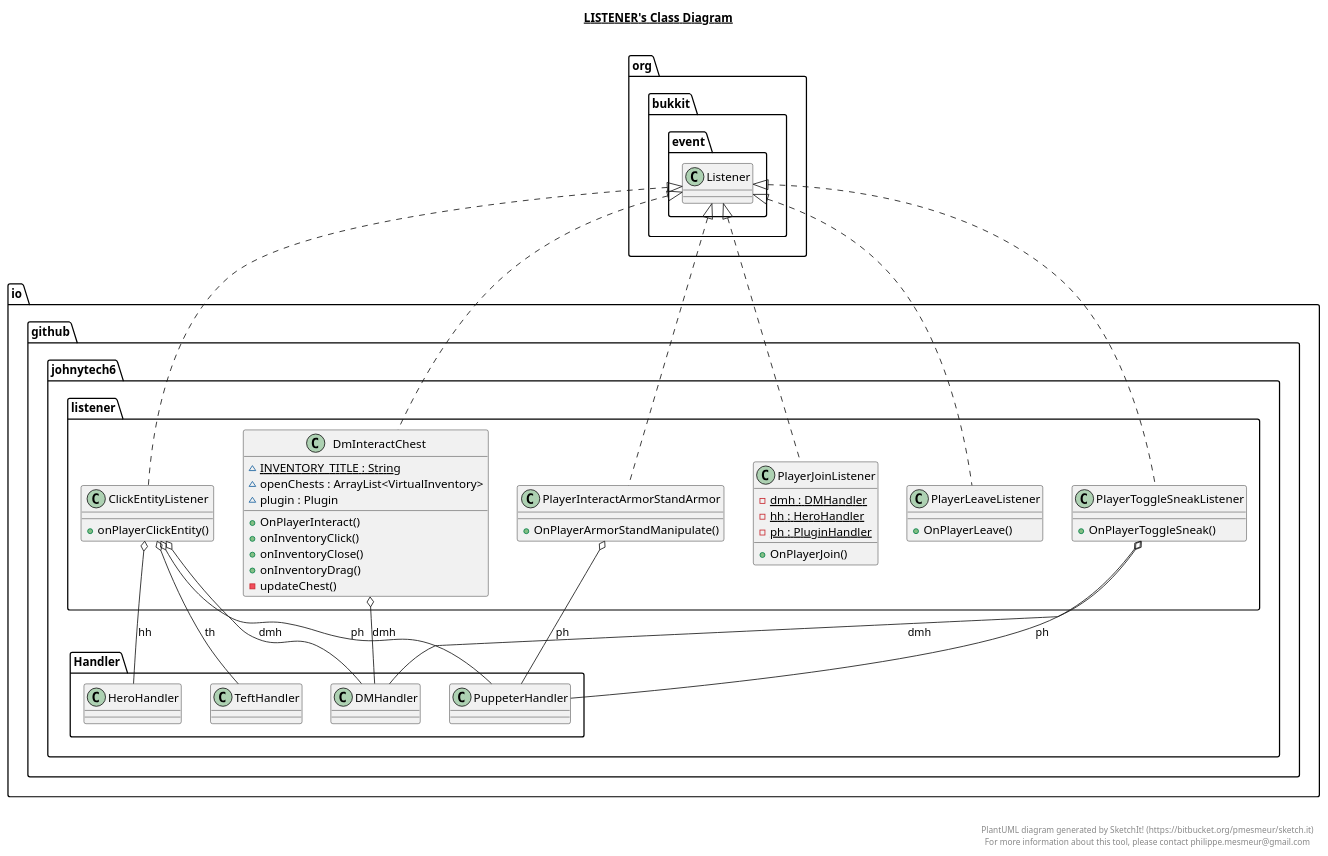
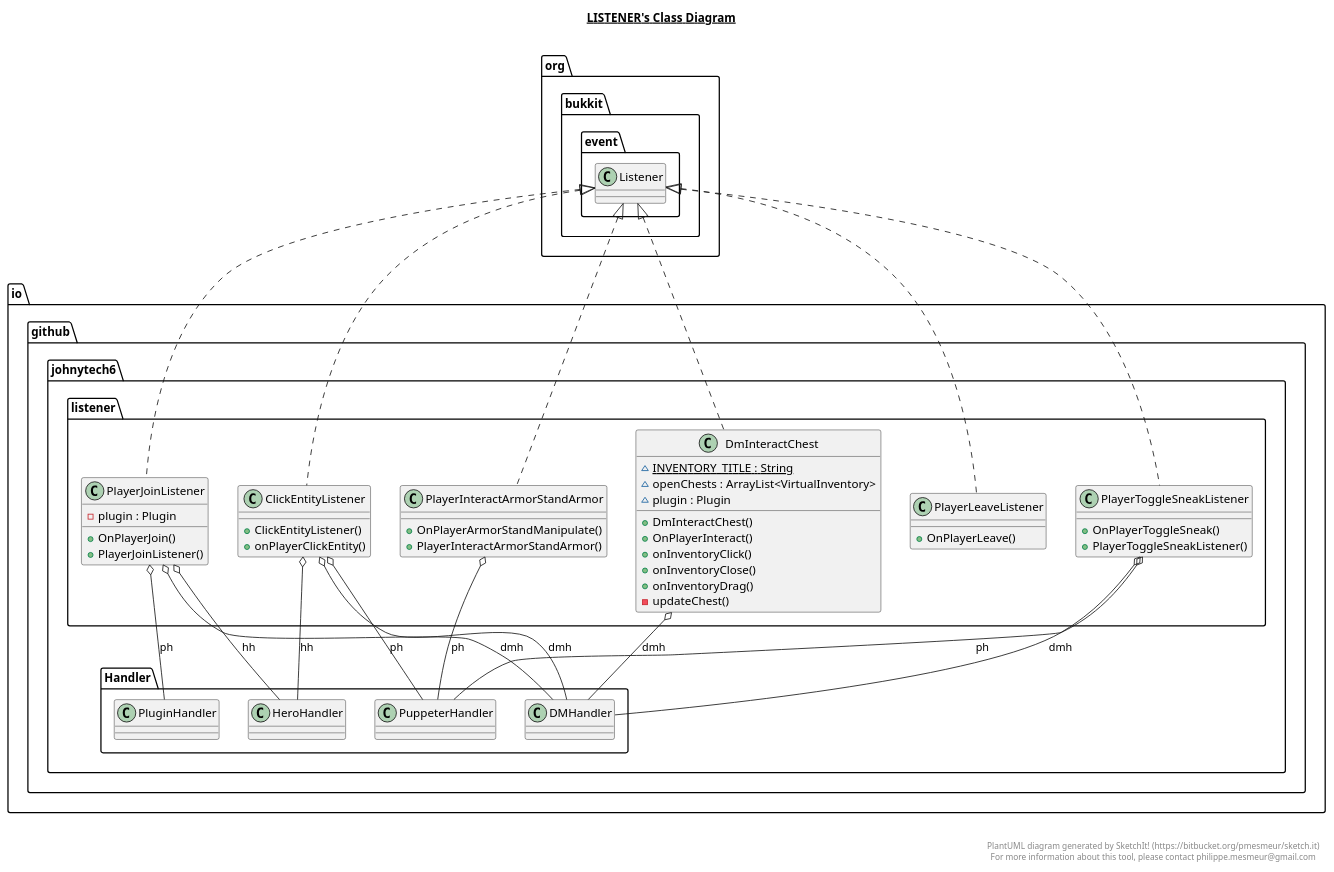
The diagram in src/main/java/io/github/johnytech6/listener/listener.plantuml (Jean-Lamarre/Johnytech6s_Plugin), drawn with PlantUML before and after one commit. The commit also changed 42 other files, not shown here.

```diff
--- a/src/main/java/io/github/johnytech6/listener/listener.plantuml
+++ b/src/main/java/io/github/johnytech6/listener/listener.plantuml
@@ -1,92 +1,97 @@
 @startuml
 
 title __LISTENER's Class Diagram__\n
 
   namespace io.github.johnytech6 {
     namespace listener {
       class io.github.johnytech6.listener.ClickEntityListener {
+          + ClickEntityListener()
           + onPlayerClickEntity()
       }
     }
   }
   
 
   namespace io.github.johnytech6 {
     namespace listener {
       class io.github.johnytech6.listener.DmInteractChest {
           {static} ~ INVENTORY_TITLE : String
           ~ openChests : ArrayList<VirtualInventory>
           ~ plugin : Plugin
+          + DmInteractChest()
           + OnPlayerInteract()
           + onInventoryClick()
           + onInventoryClose()
           + onInventoryDrag()
           - updateChest()
       }
     }
   }
   
 
   namespace io.github.johnytech6 {
     namespace listener {
       class io.github.johnytech6.listener.PlayerInteractArmorStandArmor {
           + OnPlayerArmorStandManipulate()
+          + PlayerInteractArmorStandArmor()
       }
     }
   }
   
 
   namespace io.github.johnytech6 {
     namespace listener {
       class io.github.johnytech6.listener.PlayerJoinListener {
-          {static} - dmh : DMHandler
-          {static} - hh : HeroHandler
-          {static} - ph : PluginHandler
+          - plugin : Plugin
           + OnPlayerJoin()
+          + PlayerJoinListener()
       }
     }
   }
   
 
   namespace io.github.johnytech6 {
     namespace listener {
       class io.github.johnytech6.listener.PlayerLeaveListener {
           + OnPlayerLeave()
       }
     }
   }
   
 
   namespace io.github.johnytech6 {
     namespace listener {
       class io.github.johnytech6.listener.PlayerToggleSneakListener {
           + OnPlayerToggleSneak()
+          + PlayerToggleSneakListener()
       }
     }
   }
   
 
   io.github.johnytech6.listener.ClickEntityListener .up.|> org.bukkit.event.Listener
   io.github.johnytech6.listener.ClickEntityListener o-- io.github.johnytech6.Handler.DMHandler : dmh
   io.github.johnytech6.listener.ClickEntityListener o-- io.github.johnytech6.Handler.HeroHandler : hh
   io.github.johnytech6.listener.ClickEntityListener o-- io.github.johnytech6.Handler.PuppeterHandler : ph
-  io.github.johnytech6.listener.ClickEntityListener o-- io.github.johnytech6.Handler.TeftHandler : th
   io.github.johnytech6.listener.DmInteractChest .up.|> org.bukkit.event.Listener
   io.github.johnytech6.listener.DmInteractChest o-- io.github.johnytech6.Handler.DMHandler : dmh
   io.github.johnytech6.listener.PlayerInteractArmorStandArmor .up.|> org.bukkit.event.Listener
   io.github.johnytech6.listener.PlayerInteractArmorStandArmor o-- io.github.johnytech6.Handler.PuppeterHandler : ph
   io.github.johnytech6.listener.PlayerJoinListener .up.|> org.bukkit.event.Listener
+  io.github.johnytech6.listener.PlayerJoinListener o-- io.github.johnytech6.Handler.DMHandler : dmh
+  io.github.johnytech6.listener.PlayerJoinListener o-- io.github.johnytech6.Handler.HeroHandler : hh
+  io.github.johnytech6.listener.PlayerJoinListener o-- io.github.johnytech6.Handler.PluginHandler : ph
   io.github.johnytech6.listener.PlayerLeaveListener .up.|> org.bukkit.event.Listener
   io.github.johnytech6.listener.PlayerToggleSneakListener .up.|> org.bukkit.event.Listener
   io.github.johnytech6.listener.PlayerToggleSneakListener o-- io.github.johnytech6.Handler.DMHandler : dmh
   io.github.johnytech6.listener.PlayerToggleSneakListener o-- io.github.johnytech6.Handler.PuppeterHandler : ph
 
 
 right footer
 
 
 PlantUML diagram generated by SketchIt! (https://bitbucket.org/pmesmeur/sketch.it)
 For more information about this tool, please contact philippe.mesmeur@gmail.com
 endfooter
 
 @enduml
```
